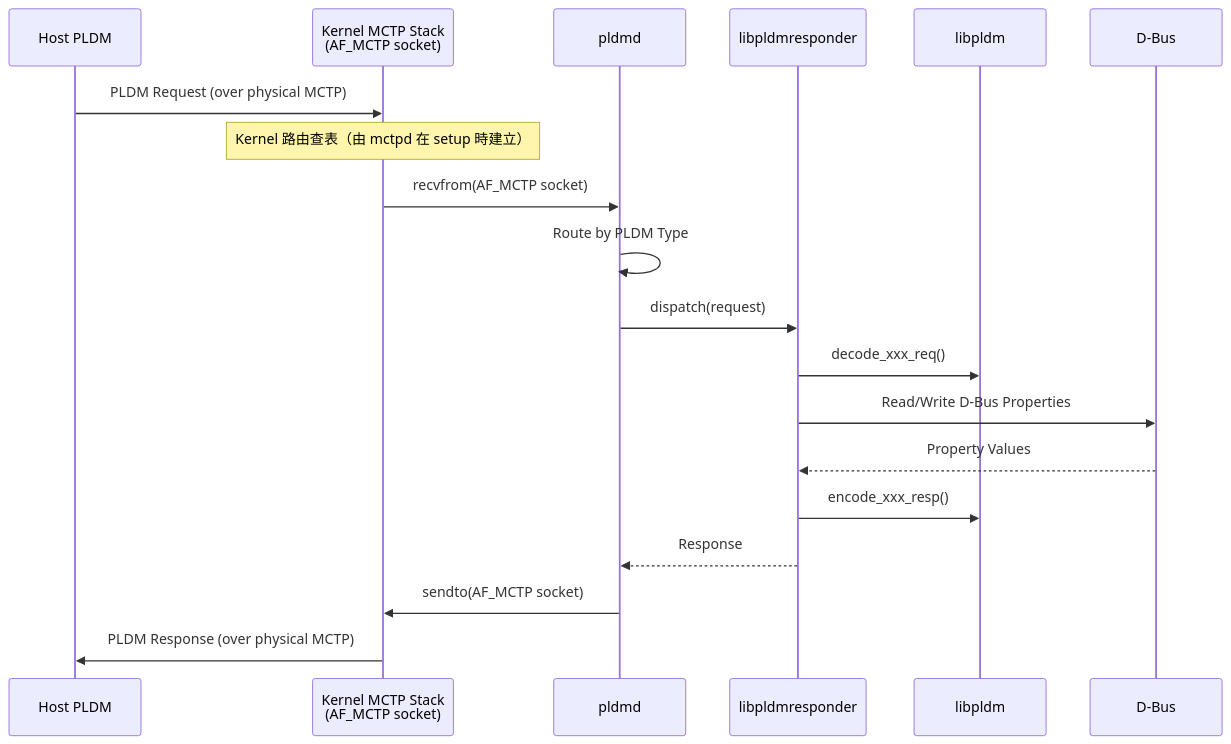
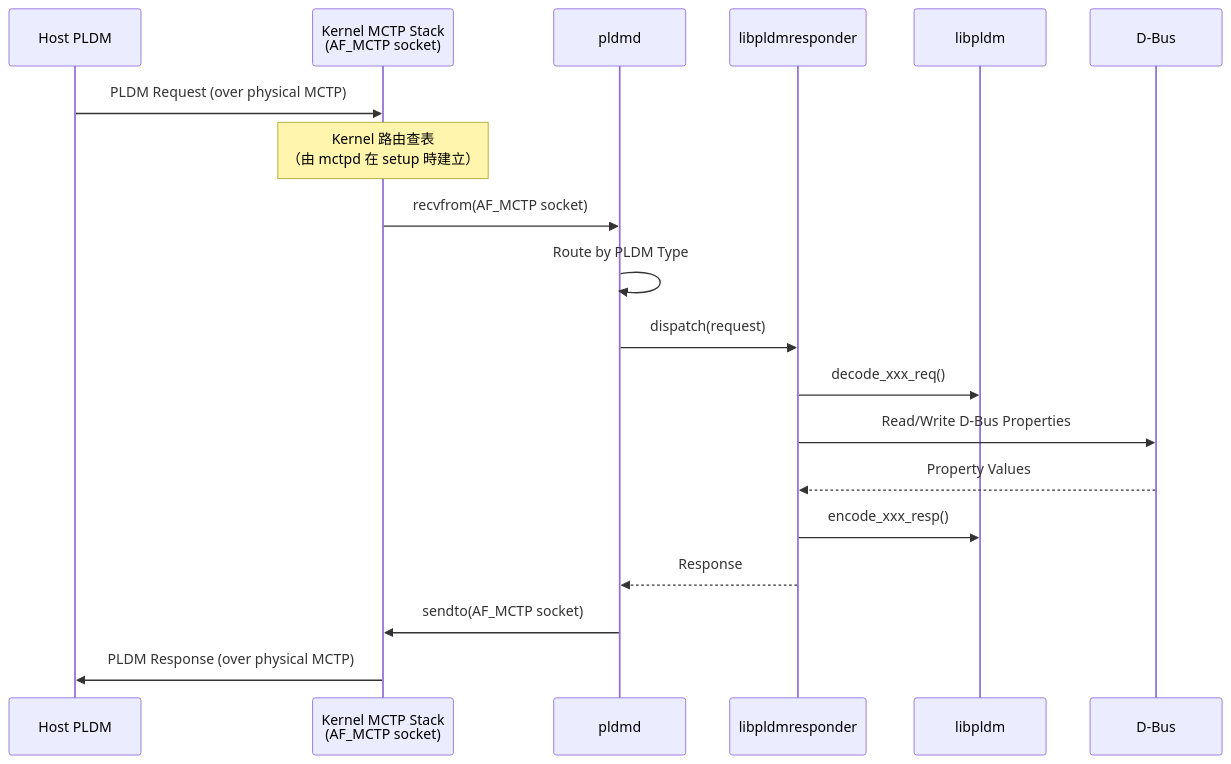
One commit to chilung-cgu/bmc-firmware-knowledge-base changed the fourth of 5 diagrams in pldm/Architecture.md. Above: the diagram before and after it, drawn with Mermaid. The commit also changed other lines of this file and 18 other files, not shown here.

First line of the commit message:
docs(pldm): 批量優化 Mermaid 流程圖排版解決文字截斷問題

````diff
--- a/pldm/Architecture.md
+++ b/pldm/Architecture.md
@@ -242,22 +242,22 @@
 ```mermaid
 sequenceDiagram
     participant Host as Host PLDM
     participant KernelMCTP as Kernel MCTP Stack<br/>(AF_MCTP socket)
     participant pldmd as pldmd
     participant Handler as libpldmresponder
     participant libpldm as libpldm
     participant DBus as D-Bus
 
     Host->>KernelMCTP: PLDM Request (over physical MCTP)
-    Note over KernelMCTP: Kernel 路由查表（由 mctpd 在 setup 時建立）
+    Note over KernelMCTP: Kernel 路由查表<br>（由 mctpd 在 setup 時建立）
     KernelMCTP->>pldmd: recvfrom(AF_MCTP socket)
     pldmd->>pldmd: Route by PLDM Type
     pldmd->>Handler: dispatch(request)
     Handler->>libpldm: decode_xxx_req()
     Handler->>DBus: Read/Write D-Bus Properties
     DBus-->>Handler: Property Values
     Handler->>libpldm: encode_xxx_resp()
     Handler-->>pldmd: Response
     pldmd->>KernelMCTP: sendto(AF_MCTP socket)
     KernelMCTP->>Host: PLDM Response (over physical MCTP)
 ```
````
